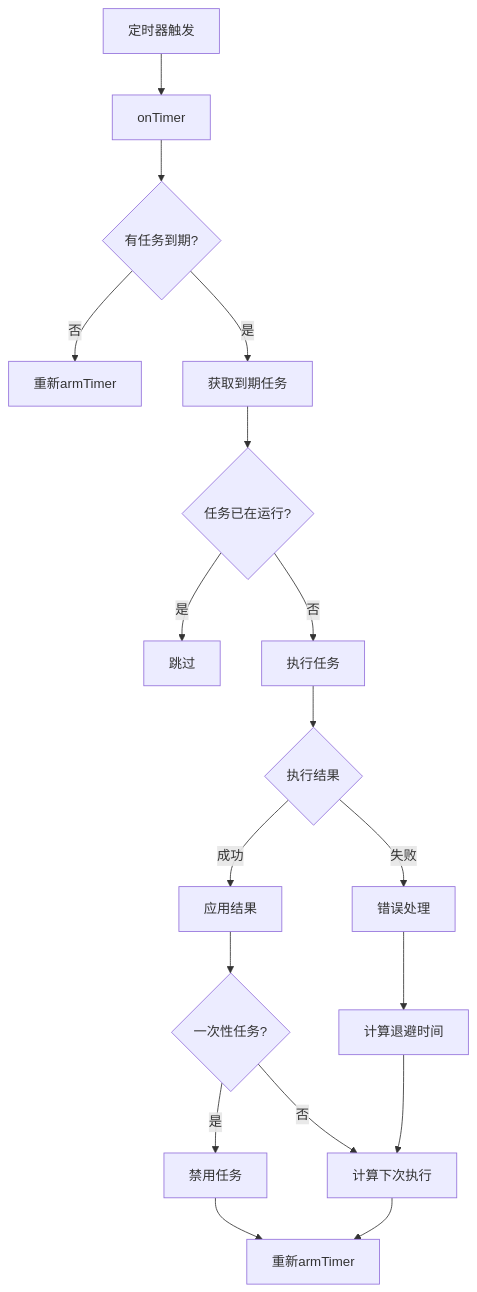
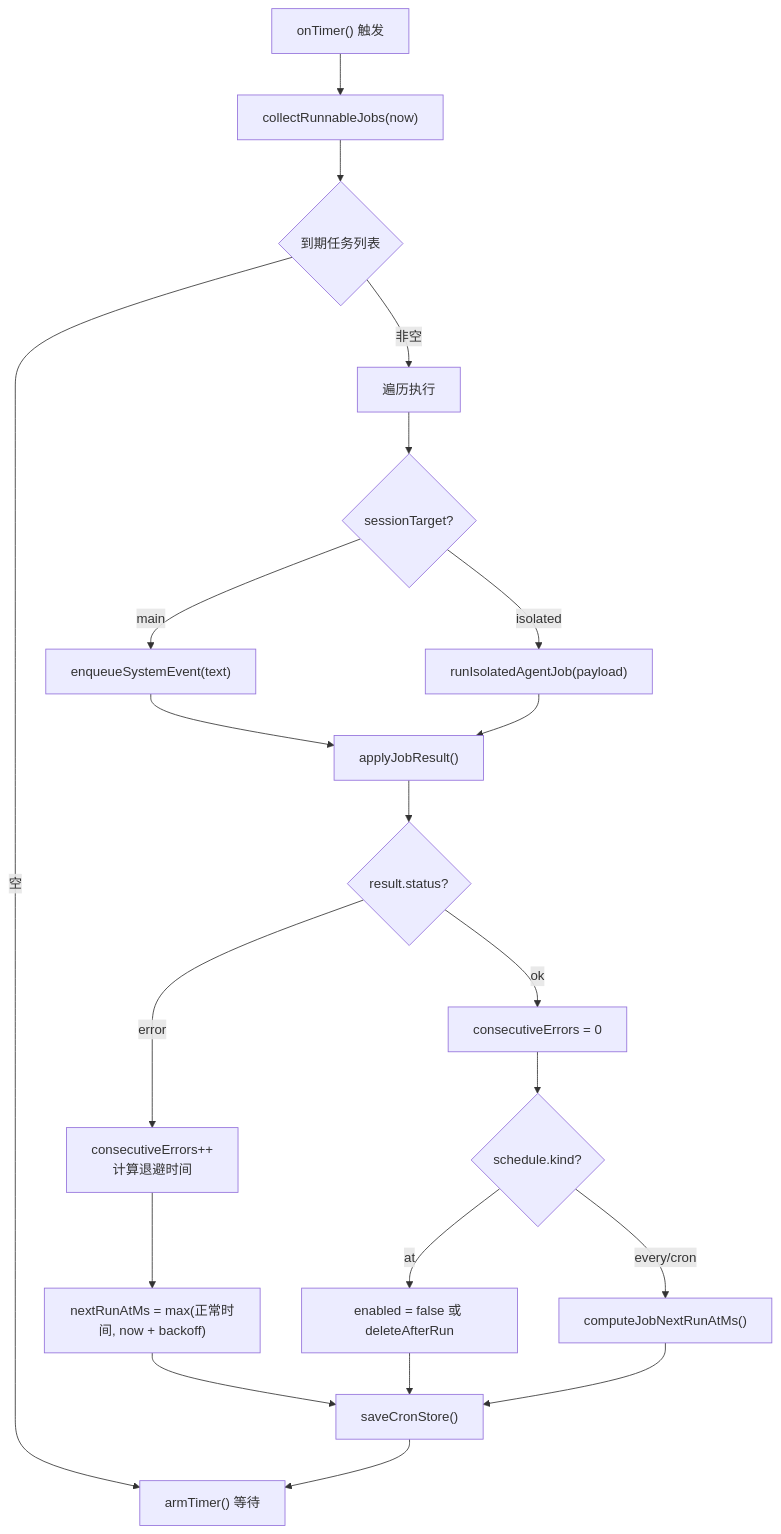
One commit to caicongyang/bloger changed the eighth of 8 diagrams in openclaw/OPENCLAW-CRON.md. Above: the diagram before and after it, drawn with Mermaid. The commit also changed other lines of this file and 13 other files, not shown here.

````diff
--- a/openclaw/OPENCLAW-CRON.md
+++ b/openclaw/OPENCLAW-CRON.md
@@ -482,24 +733,29 @@
 ```mermaid
 flowchart TD
-    A[定时器触发] --> B[onTimer]
-    B --> C{有任务到期?}
-    C -->|否| D[重新armTimer]
-    C -->|是| E[获取到期任务]
+    A["onTimer() 触发"] --> B["collectRunnableJobs(now)"]
+    B --> C{到期任务列表}
+    C -->|空| Z["armTimer() 等待"]
+    C -->|非空| D["遍历执行"]
     
-    E --> F{任务已在运行?}
-    F -->|是| G[跳过]
-    F -->|否| H[执行任务]
+    D --> E{"sessionTarget?"}
+    E -->|main| F["enqueueSystemEvent(text)"]
+    E -->|isolated| G["runIsolatedAgentJob(payload)"]
     
-    H --> I{执行结果}
-    I -->|成功| J[应用结果]
-    I -->|失败| K[错误处理]
+    F --> H["applyJobResult()"]
+    G --> H
     
-    J --> L{一次性任务?}
-    L -->|是| M[禁用任务]
-    L -->|否| N[计算下次执行]
-    K --> O[计算退避时间]
-    O --> N
+    H --> I{"result.status?"}
+    I -->|ok| J["consecutiveErrors = 0"]
+    I -->|error| K["consecutiveErrors++<br/>计算退避时间"]
     
-    N --> P[重新armTimer]
-    M --> P
+    J --> L{"schedule.kind?"}
+    K --> M["nextRunAtMs = max(正常时间, now + backoff)"]
+    
+    L -->|at| N["enabled = false 或 deleteAfterRun"]
+    L -->|every/cron| O["computeJobNextRunAtMs()"]
+    
+    M --> P["saveCronStore()"]
+    N --> P
+    O --> P
+    P --> Z
 ```
````
